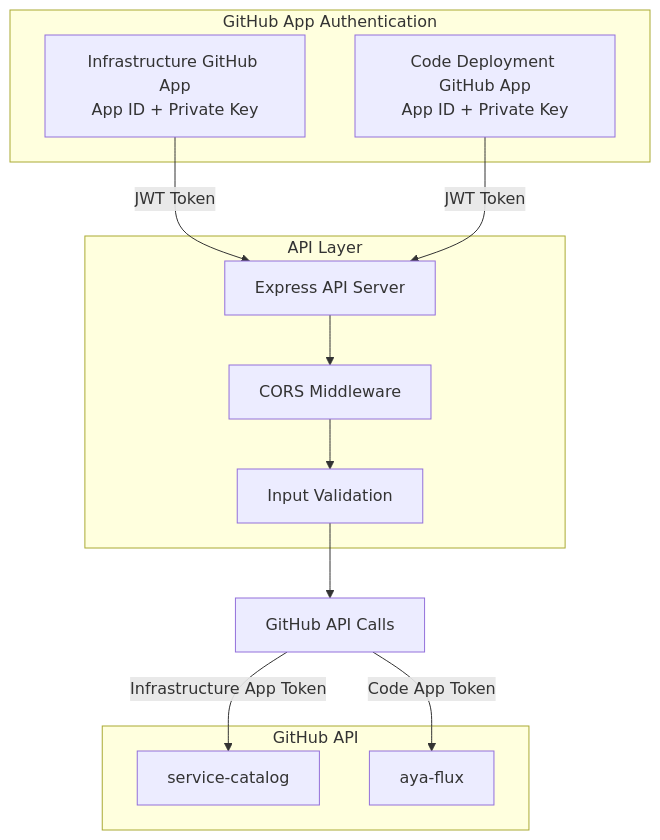
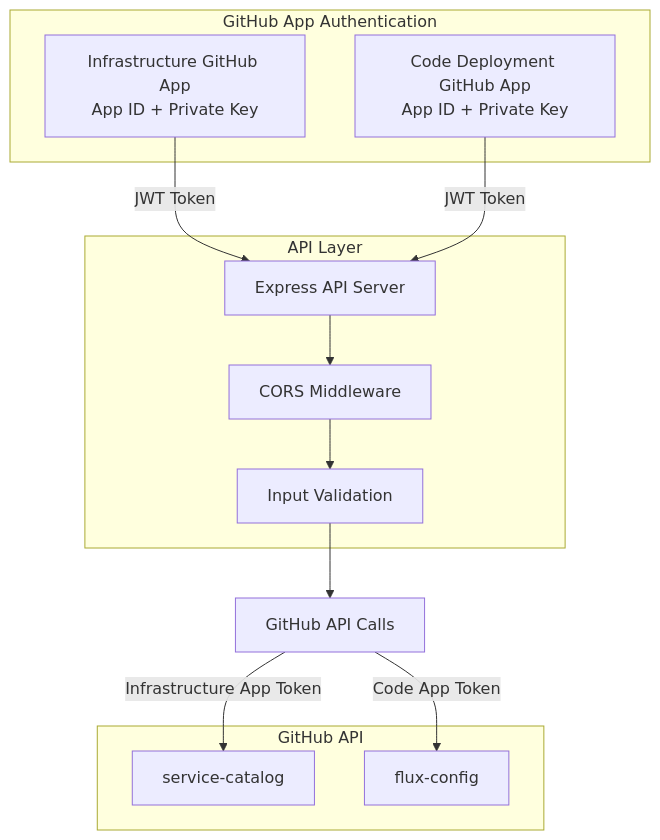
Before and after one commit to sushilti80/infra-devex: diagram 16 of 17 in docs/Architecture-Diagrams.md, drawn with Mermaid. The commit also changed other lines of this file and 225 other files, not shown here.

````diff
--- a/docs/Architecture-Diagrams.md
+++ b/docs/Architecture-Diagrams.md
@@ -612,28 +612,28 @@
 ```mermaid
 graph TB
     subgraph "GitHub App Authentication"
         InfraApp[Infrastructure GitHub App<br/>App ID + Private Key]
         CodeApp[Code Deployment GitHub App<br/>App ID + Private Key]
     end
     
     subgraph "API Layer"
         Express[Express API Server]
         CORS[CORS Middleware]
         Validator[Input Validation]
     end
     
     subgraph "GitHub API"
         ServiceRepo[service-catalog]
-        FluxRepo[aya-flux]
+        FluxRepo[flux-config]
     end
     
     InfraApp -->|JWT Token| Express
     CodeApp -->|JWT Token| Express
     
     Express --> CORS
     CORS --> Validator
     Validator --> GitHubAPI[GitHub API Calls]
     
     GitHubAPI -->|Infrastructure App Token| ServiceRepo
     GitHubAPI -->|Code App Token| FluxRepo
 ```
````
